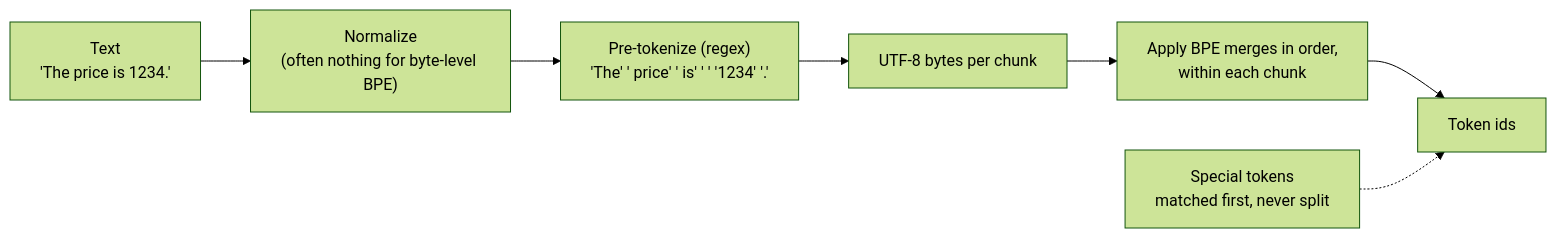
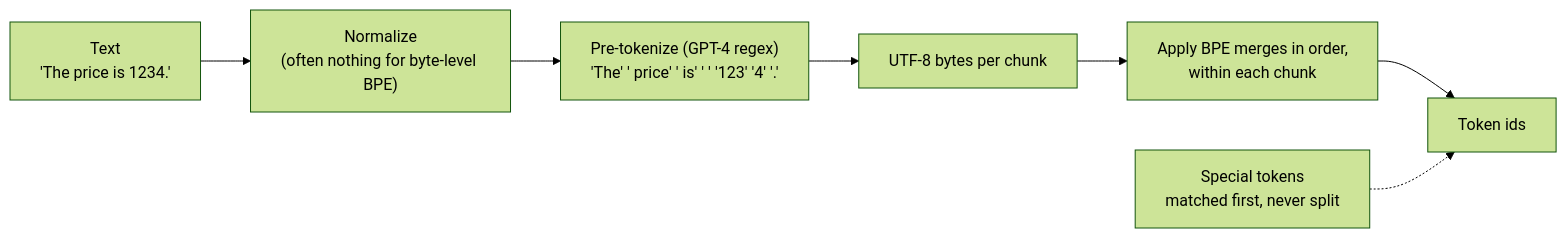
One commit to hsavovski/ai-engineering changed the diagram in book/part-01-how-llms-work/1.2-tokenization.md. Above: the diagram before and after it, drawn with Mermaid (forest theme). The commit also changed other lines of this file, not shown here.

Commit message:
Fact-check chapter 1.2 (issue 12)
Pre-tokenization diagram now shows the GPT-4 regex splitting 1234 into
'123' '4' (checked with js-tiktoken cl100k_base). Sennrich's BPE code is
Algorithm 1, not a figure. All other links, quotes and measured token
counts verified against sources or reproduced.

````diff
--- a/book/part-01-how-llms-work/1.2-tokenization.md
+++ b/book/part-01-how-llms-work/1.2-tokenization.md
@@ -99,9 +99,9 @@
 ```mermaid
 flowchart LR
   S["Text<br/>'The price is 1234.'"] --> N["Normalize<br/>(often nothing for byte-level BPE)"]
-  N --> P["Pre-tokenize (regex)<br/>'The' ' price' ' is' ' ' '1234' '.'"]
+  N --> P["Pre-tokenize (GPT-4 regex)<br/>'The' ' price' ' is' ' ' '123' '4' '.'"]
   P --> B["UTF-8 bytes per chunk"]
   B --> M["Apply BPE merges in order,<br/>within each chunk"]
   M --> I["Token ids"]
   SP["Special tokens<br/>matched first, never split"] -.-> I
 ```
````
